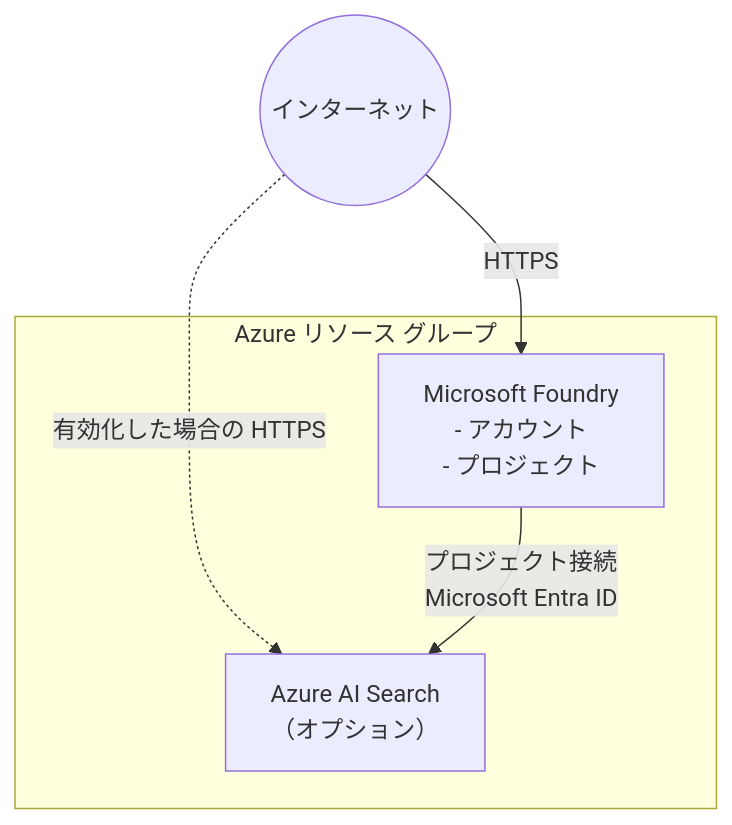
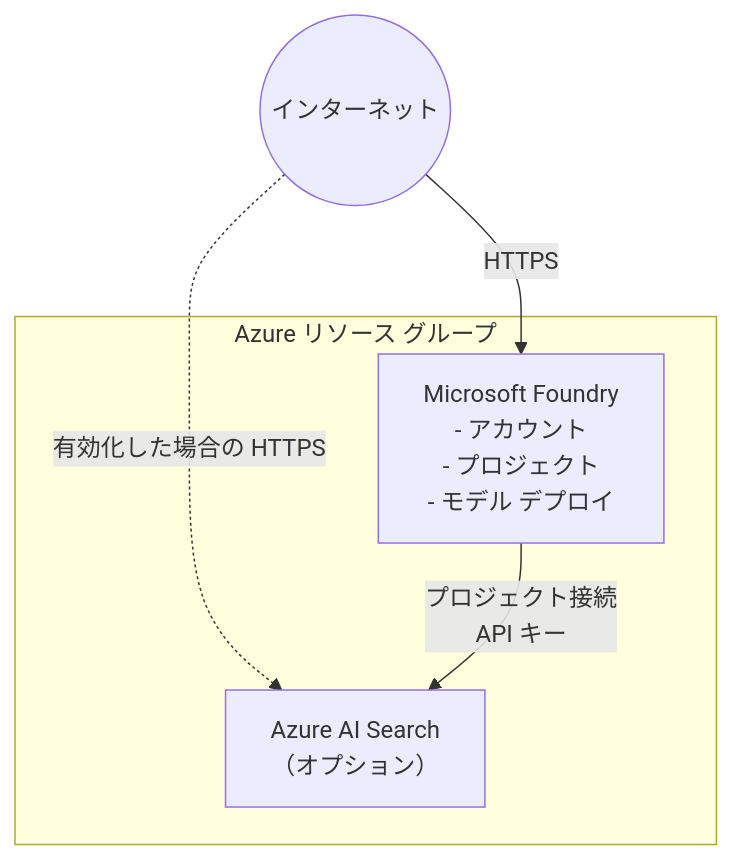
The diagram in infra/scenarios/azure_microsoft_foundry/README.ja.md (ks6088ts/template-terraform), drawn with Mermaid before and after one commit. The commit also changed other lines of this file and 7 other files, not shown here.

Commit message:
feat: enhance Azure AI Search integration with primary key output and API key authentication

````diff
--- a/infra/scenarios/azure_microsoft_foundry/README.ja.md
+++ b/infra/scenarios/azure_microsoft_foundry/README.ja.md
@@ -12,13 +12,13 @@
 ```mermaid
 flowchart TB
     Internet((インターネット))
 
     subgraph Azure["Azure リソース グループ"]
-        MF["Microsoft Foundry<br/>- アカウント<br/>- プロジェクト"]
+        MF["Microsoft Foundry<br/>- アカウント<br/>- プロジェクト<br/>- モデル デプロイ"]
         Search["Azure AI Search<br/>（オプション）"]
     end
 
     Internet -->|HTTPS| MF
     Internet -.->|有効化した場合の HTTPS| Search
-    MF -->|プロジェクト接続<br/>Microsoft Entra ID| Search
+    MF -->|プロジェクト接続<br/>API キー| Search
 ```
````
